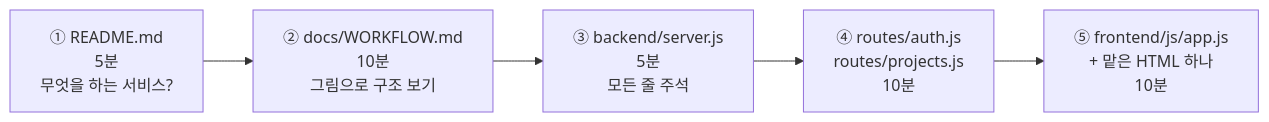
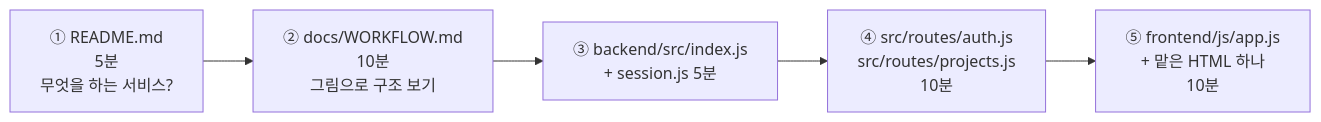
Before and after one commit to 10x4hs/p-art: the first of 2 diagrams in docs/CODE-REVIEW.md, drawn with Mermaid. The commit also changed other lines of this file and 5 other files, not shown here.

````diff
--- a/docs/CODE-REVIEW.md
+++ b/docs/CODE-REVIEW.md
@@ -22,7 +23,7 @@
 ```mermaid
 flowchart LR
   A["① README.md<br/>5분<br/>무엇을 하는 서비스?"] --> B["② docs/WORKFLOW.md<br/>10분<br/>그림으로 구조 보기"]
-  B --> C["③ backend/server.js<br/>5분<br/>모든 줄 주석"]
-  C --> D["④ routes/auth.js<br/>routes/projects.js<br/>10분"]
+  B --> C["③ backend/src/index.js<br/>+ session.js 5분"]
+  C --> D["④ src/routes/auth.js<br/>src/routes/projects.js<br/>10분"]
   D --> E["⑤ frontend/js/app.js<br/>+ 맡은 HTML 하나<br/>10분"]
 ```
````
